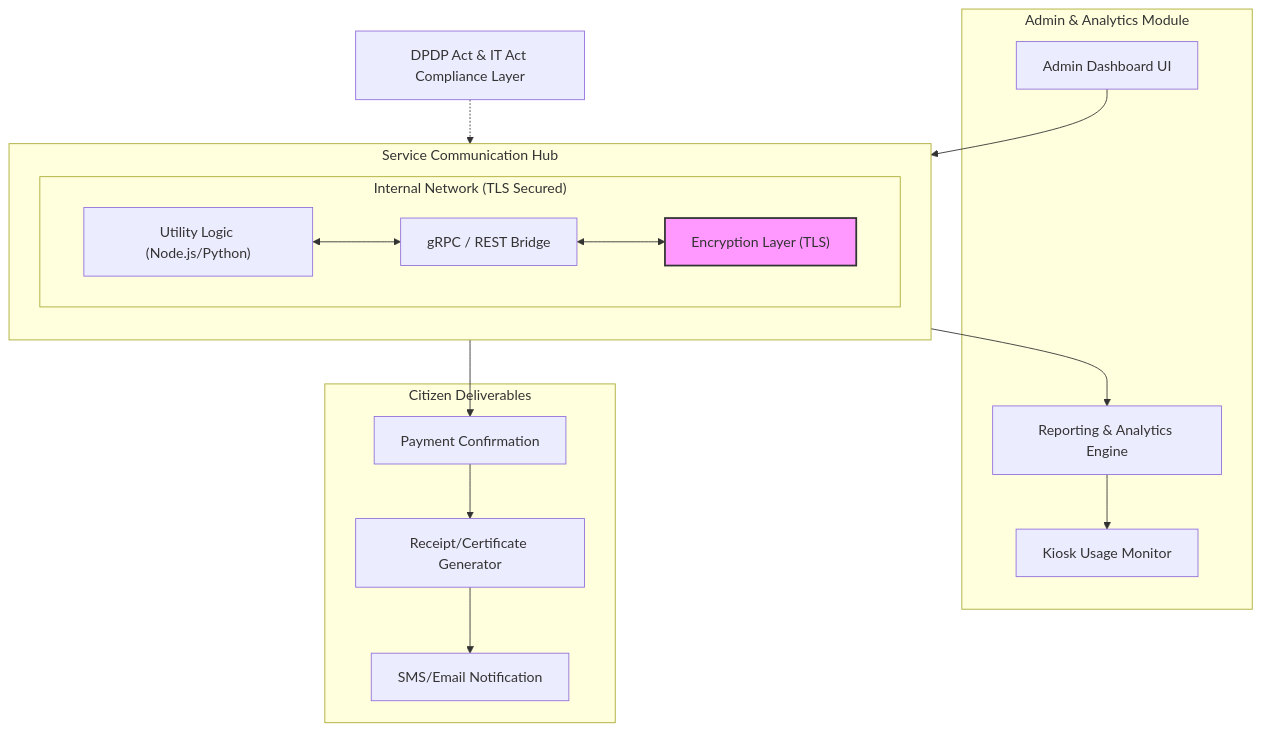
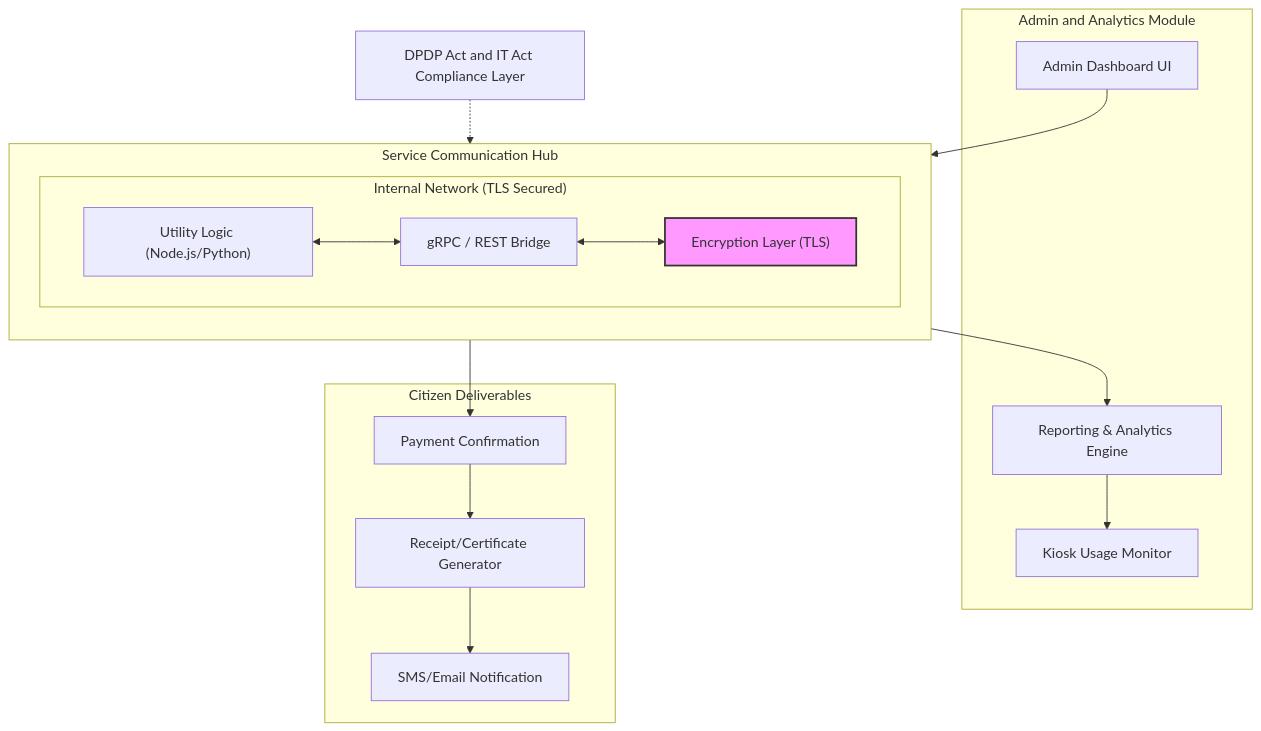
The second of 2 diagrams in New_FLOWCHART.md (alokprasad573/backend_architecture), drawn with Mermaid before and after one commit. The commit also changed other lines of this file, not shown here.

````diff
--- a/New_FLOWCHART.md
+++ b/New_FLOWCHART.md
@@ -51,38 +56,38 @@
 ```mermaid
 flowchart TD
     subgraph "Service Communication Hub"
         direction TB
         subgraph "Internal Network (TLS Secured)"
             direction LR
             S1["Utility Logic (Node.js/Python)"]
             S2["gRPC / REST Bridge"]
             S3["Encryption Layer (TLS)"]
         end
     end
 
-    subgraph "Admin & Analytics Module"
+    subgraph "Admin and Analytics Module"
         ADM["Admin Dashboard UI"]
         REP["Reporting & Analytics Engine"]
         MON["Kiosk Usage Monitor"]
     end
 
     subgraph "Citizen Deliverables"
         PAY["Payment Confirmation"]
         DOC["Receipt/Certificate Generator"]
         NOT["SMS/Email Notification"]
     end
 
     %% Data Flows
     S1 <--> S2 <--> S3
     ADM --> S1
     S1 --> REP
     REP --> MON
     S1 --> PAY
     PAY --> DOC
     DOC --> NOT
 
     %% Regulatory Compliance
     style S3 fill:#f9f,stroke:#333,stroke-width:2px
-    DPDP["DPDP Act & IT Act Compliance Layer"]
+    DPDP["DPDP Act and IT Act Compliance Layer"]
     DPDP -.-> S3
 ```
````
